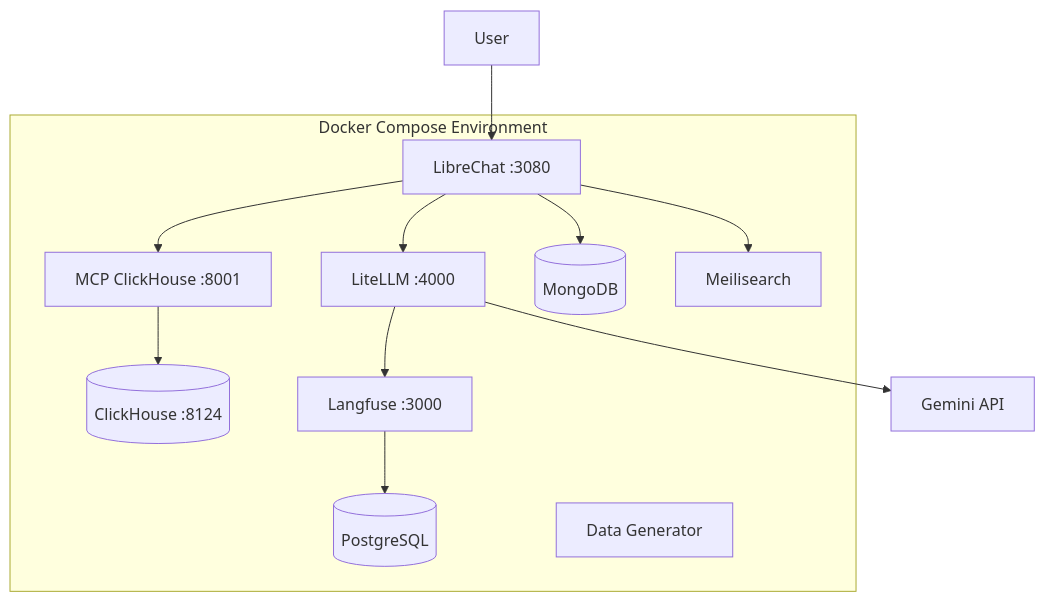
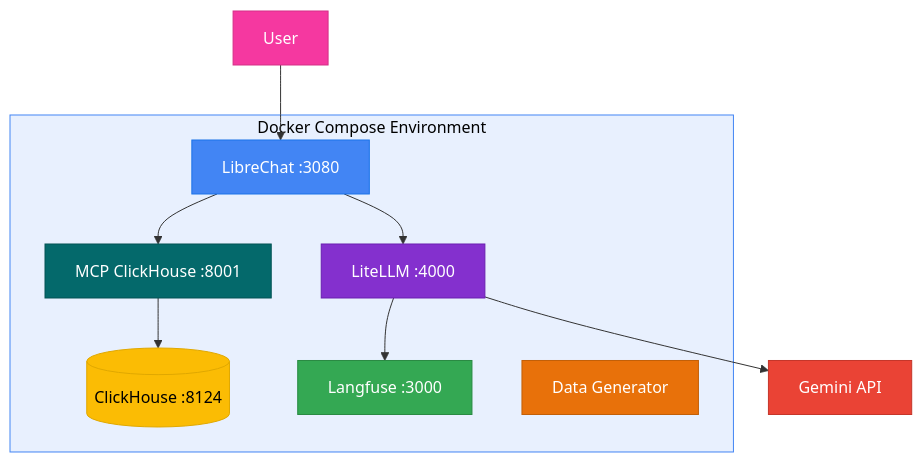
Before and after one commit to ClickHouse/ClickHouse_Demos: the first of 4 diagrams in agent_stack_builds/telco_marketing/README.md, drawn with Mermaid. The commit also changed other lines of this file, not shown here.

First line of the commit message:
Clean up docs: remove internal dependency references, add color to diagrams

````diff
--- a/agent_stack_builds/telco_marketing/README.md
+++ b/agent_stack_builds/telco_marketing/README.md
@@ -99,23 +99,27 @@
 ```mermaid
 flowchart TB
     subgraph Docker["Docker Compose Environment"]
         LC[LibreChat :3080]
         LITE[LiteLLM :4000]
         MCP[MCP ClickHouse :8001]
         CH[(ClickHouse :8124)]
         LF[Langfuse :3000]
-        PG[(PostgreSQL)]
-        MONGO[(MongoDB)]
-        MEILI[Meilisearch]
         DG[Data Generator]
         LC --> LITE
         LITE --> LF
         LC --> MCP
         MCP --> CH
-        LF --> PG
-        LC --> MONGO
-        LC --> MEILI
     end
     LITE --> GEMINI[Gemini API]
     USER[User] --> LC
+
+    style LC fill:#4285F4,stroke:#1a73e8,color:#fff
+    style LITE fill:#8430CE,stroke:#6a1fb0,color:#fff
+    style MCP fill:#04696B,stroke:#035354,color:#fff
+    style CH fill:#FBBC04,stroke:#e0a800,color:#000
+    style LF fill:#34A853,stroke:#2a8a43,color:#fff
+    style DG fill:#E8710A,stroke:#c25f08,color:#fff
+    style GEMINI fill:#EA4335,stroke:#c5362a,color:#fff
+    style USER fill:#F538A0,stroke:#d42e87,color:#fff
+    style Docker fill:#e8f0fe,stroke:#4285F4,color:#000
 ```
````
